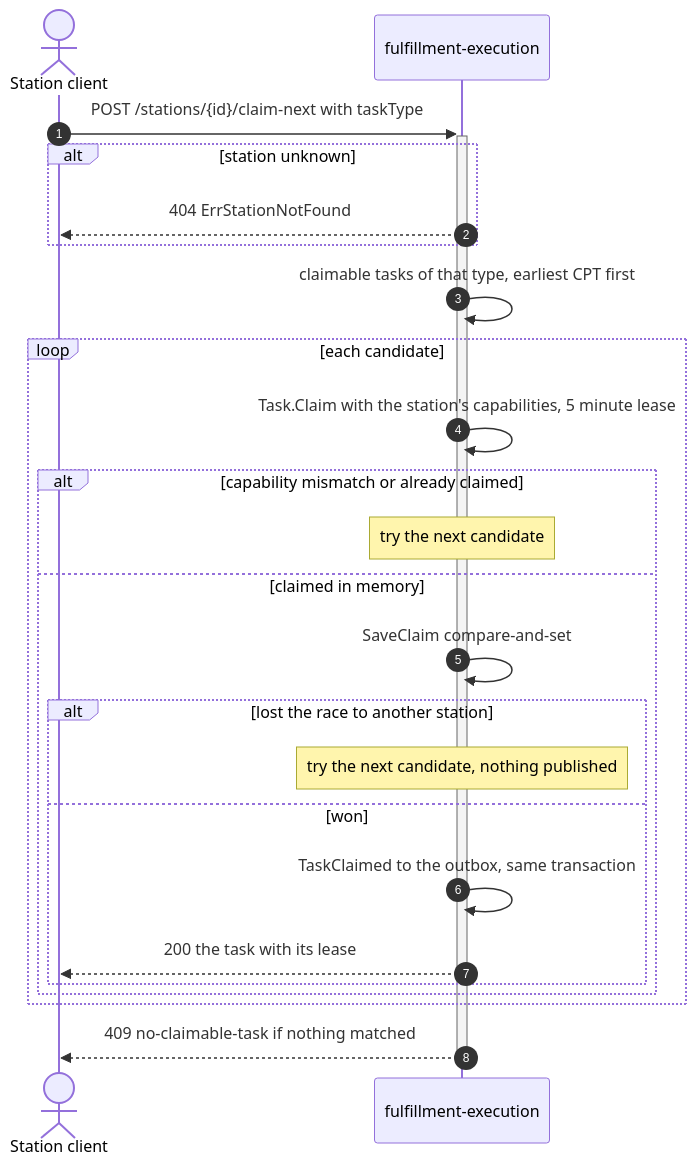
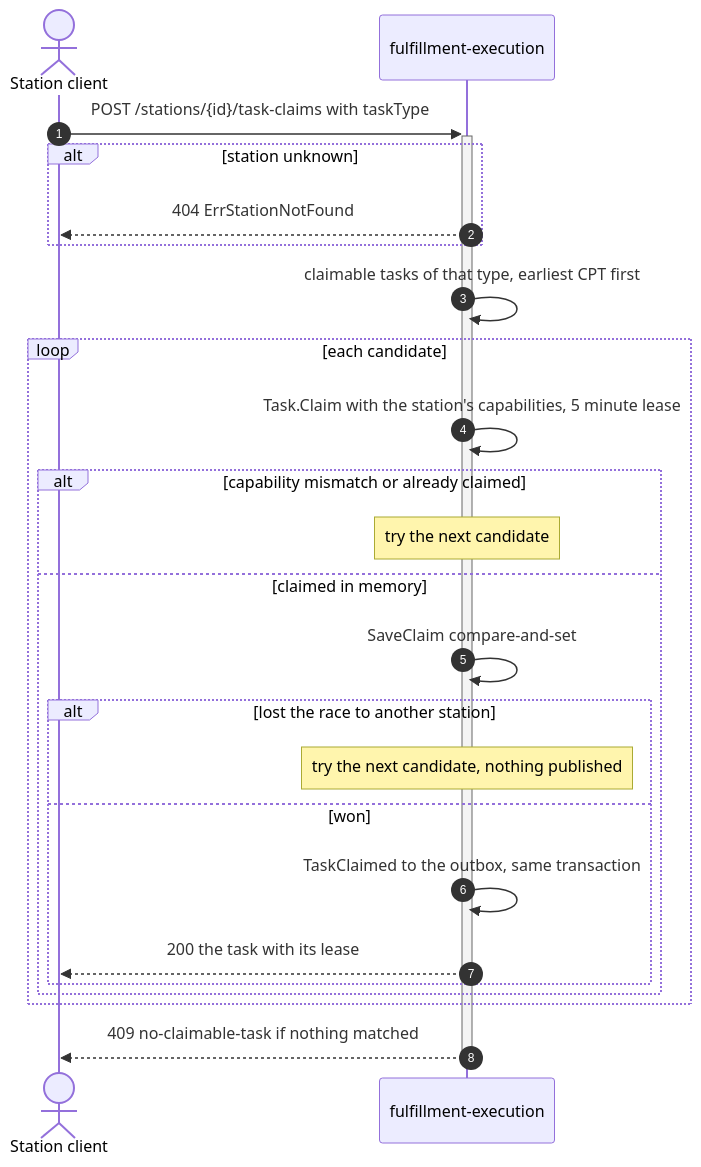
Before and after one commit to IQVO/warehouse-docs: the third of 10 diagrams in docs/architecture/runtime-flows.md, drawn with Mermaid. The commit also changed other lines of this file and 272 other files, not shown here.

````diff
--- a/docs/architecture/runtime-flows.md
+++ b/docs/architecture/runtime-flows.md
@@ -161,27 +161,27 @@
 ```mermaid
 sequenceDiagram
     autonumber
     actor S as Station client
     participant FE as fulfillment-execution
 
-    S->>+FE: POST /stations/{id}/claim-next with taskType
+    S->>+FE: POST /stations/{id}/task-claims with taskType
     alt station unknown
         FE-->>S: 404 ErrStationNotFound
     end
     FE->>FE: claimable tasks of that type, earliest CPT first
     loop each candidate
         FE->>FE: Task.Claim with the station's capabilities, 5 minute lease
         alt capability mismatch or already claimed
             Note over FE: try the next candidate
         else claimed in memory
             FE->>FE: SaveClaim compare-and-set
             alt lost the race to another station
                 Note over FE: try the next candidate, nothing published
             else won
                 FE->>FE: TaskClaimed to the outbox, same transaction
                 FE-->>S: 200 the task with its lease
             end
         end
     end
     FE-->>-S: 409 no-claimable-task if nothing matched
 ```
````
